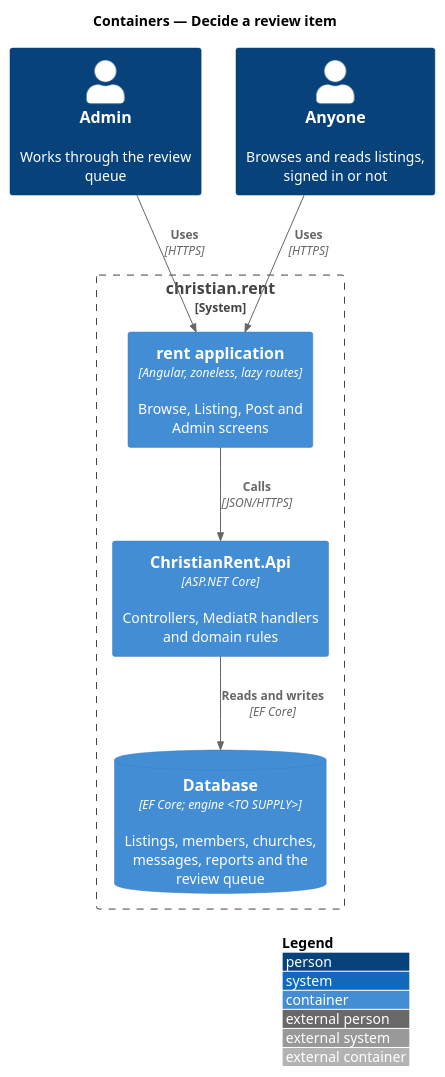
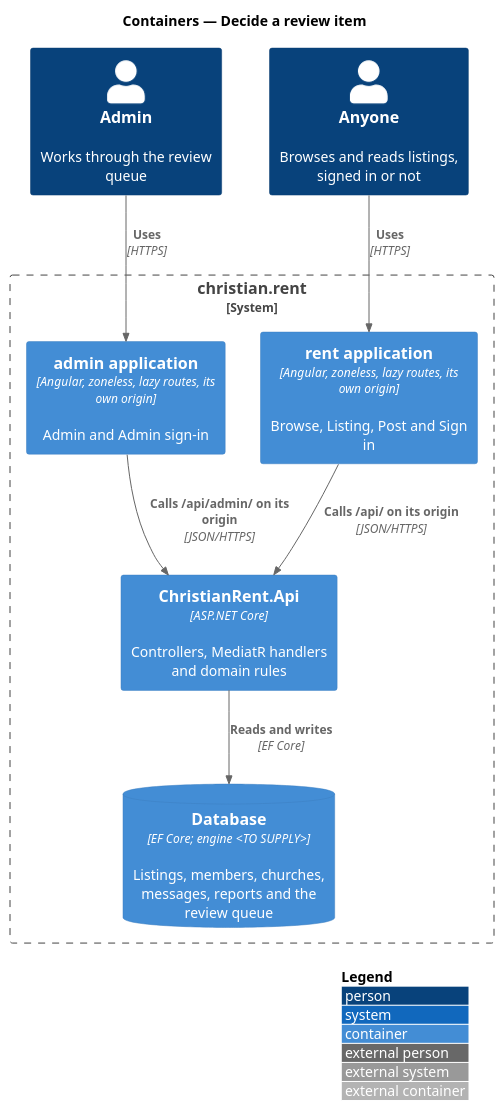
The diagram in docs/detailed-designs/review/decide-review-item/diagrams/c4-container.puml (QuinntyneBrown/christian-rent), drawn with PlantUML before and after one commit. The commit also changed 91 other files, not shown here.

```diff
--- a/docs/detailed-designs/review/decide-review-item/diagrams/c4-container.puml
+++ b/docs/detailed-designs/review/decide-review-item/diagrams/c4-container.puml
@@ -1,17 +1,19 @@
 @startuml
 !include <C4/C4_Container>
 LAYOUT_WITH_LEGEND()
 title Containers — Decide a review item
 
 Person(admin, "Admin", "Works through the review queue")
 Person(anyone, "Anyone", "Browses and reads listings, signed in or not")
 System_Boundary(cr, "christian.rent") {
-  Container(spa, "rent application", "Angular, zoneless, lazy routes", "Browse, Listing, Post and Admin screens")
+  Container(spa, "rent application", "Angular, zoneless, lazy routes, its own origin", "Browse, Listing, Post and Sign in")
+  Container(adm, "admin application", "Angular, zoneless, lazy routes, its own origin", "Admin and Admin sign-in")
   Container(api, "ChristianRent.Api", "ASP.NET Core", "Controllers, MediatR handlers and domain rules")
   ContainerDb(db, "Database", "EF Core; engine <TO SUPPLY>", "Listings, members, churches, messages, reports and the review queue")
 }
-Rel(admin, spa, "Uses", "HTTPS")
+Rel(admin, adm, "Uses", "HTTPS")
 Rel(anyone, spa, "Uses", "HTTPS")
-Rel(spa, api, "Calls", "JSON/HTTPS")
+Rel(spa, api, "Calls /api/ on its origin", "JSON/HTTPS")
+Rel(adm, api, "Calls /api/admin/ on its origin", "JSON/HTTPS")
 Rel(api, db, "Reads and writes", "EF Core")
 @enduml
```
